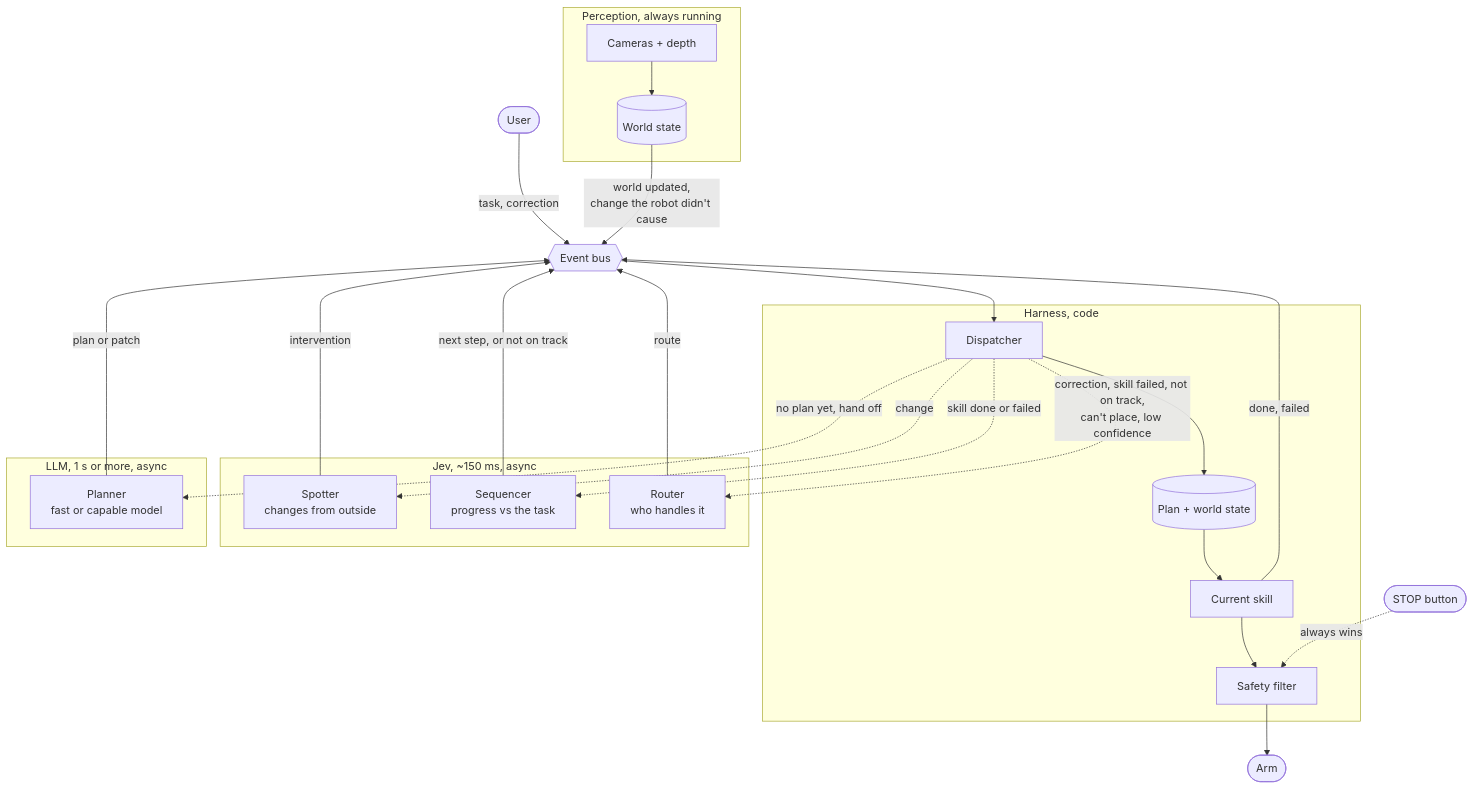
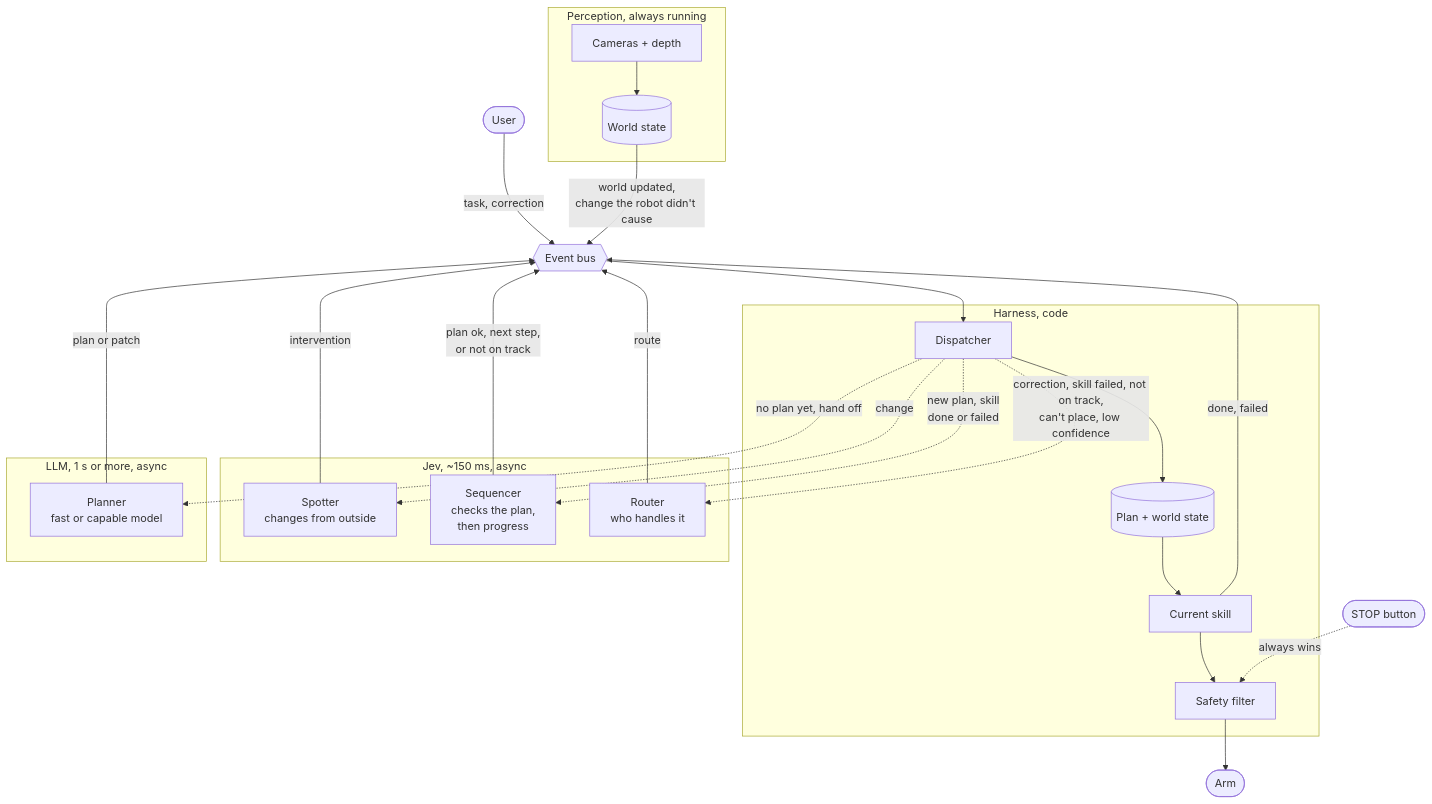
Before and after one commit to alee792/robojev: the first of 7 diagrams in docs/v2-diagrams.md, drawn with Mermaid. The commit also changed other lines of this file and 1 other file, not shown here.

First line of the commit message:
v2: apply TypeSafe docs guidance (plan check before running, per-object progress questions, per-route thresholds and complexity score, parameters with a 'stated' question, a section on writing Jev questions); diagrams updated

````diff
--- a/docs/v2-diagrams.md
+++ b/docs/v2-diagrams.md
@@ -10,37 +10,37 @@
 ```mermaid
 flowchart TB
     subgraph perc [Perception, always running]
         cams[Cameras + depth] --> ws[(World state)]
     end
     user([User])
     bus{{Event bus}}
     subgraph harness [Harness, code]
         disp[Dispatcher]
         state[(Plan + world state)]
         skill[Current skill]
         filter[Safety filter]
     end
     subgraph jev [Jev, ~150 ms, async]
         spotter[Spotter<br/>changes from outside]
-        seq[Sequencer<br/>progress vs the task]
+        seq[Sequencer<br/>checks the plan,<br/>then progress]
         router[Router<br/>who handles it]
     end
     subgraph llm [LLM, 1 s or more, async]
         planner[Planner<br/>fast or capable model]
     end
 
     user -- "task, correction" --> bus
     ws -- "world updated,<br/>change the robot didn't cause" --> bus
     skill -- "done, failed" --> bus
     bus --> disp
     disp -. "change" .-> spotter
-    disp -. "skill done or failed" .-> seq
+    disp -. "new plan, skill<br/>done or failed" .-> seq
     disp -. "correction, skill failed, not on track,<br/>can't place, low confidence" .-> router
     disp -. "no plan yet, hand off" .-> planner
     spotter -- "intervention" --> bus
-    seq -- "next step, or not on track" --> bus
+    seq -- "plan ok, next step,<br/>or not on track" --> bus
     router -- "route" --> bus
     planner -- "plan or patch" --> bus
     disp --> state --> skill --> filter --> arm([Arm])
     stop([STOP button]) -. "always wins" .-> filter
 ```
````
